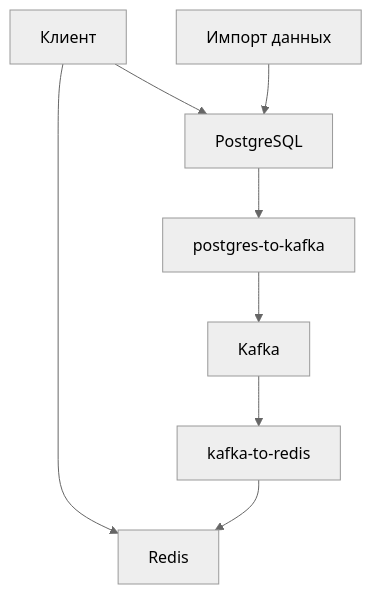
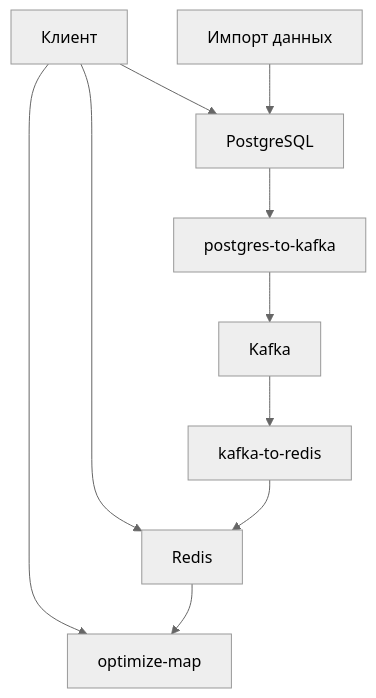
Before and after one commit to EgorZhidkov/navigator: the first of 11 diagrams in docs/ARCHITECTURE.md, drawn with Mermaid (neutral theme). The commit also changed other lines of this file and 1 other file, not shown here.

Commit message:
add optimize map and redis get data

````diff
--- a/docs/ARCHITECTURE.md
+++ b/docs/ARCHITECTURE.md
@@ -9,10 +9,12 @@
 ```mermaid
 graph TD
     A[Клиент] --> B[PostgreSQL]
     A --> C[Redis]
+    A --> H[optimize-map]
     B --> D[postgres-to-kafka]
     D --> E[Kafka]
     E --> F[kafka-to-redis]
     F --> C
+    C --> H
     G[Импорт данных] --> B
 ```
````
